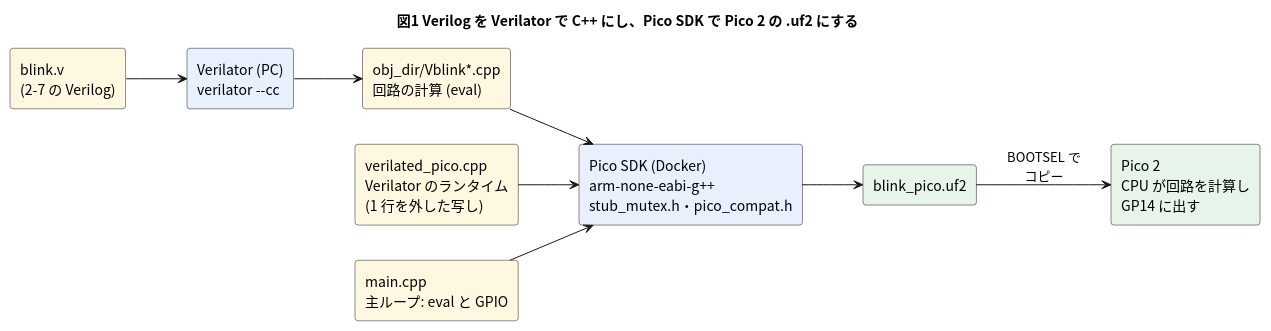
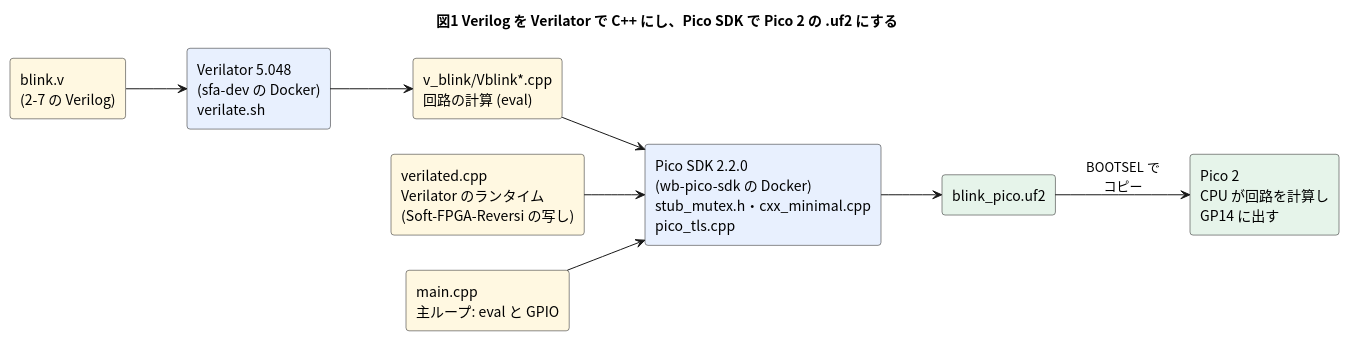
Before and after one commit to tommie-jp/tommie-circuit-workbook: the diagram in 06-fpga/05-soft-fpga-pico/01-verilator-on-pico.md, drawn with PlantUML. The commit also changed other lines of this file and 7 other files, not shown here.

First line of the commit message:
docs: FPGA の第 5 章の Pico SDK のビルド手順を 5-1 の 1 つにそろえる

````diff
--- a/06-fpga/05-soft-fpga-pico/01-verilator-on-pico.md
+++ b/06-fpga/05-soft-fpga-pico/01-verilator-on-pico.md
@@ -50,28 +50,28 @@
 ```plantuml
 @startuml
 left to right direction
 skinparam shadowing false
 skinparam defaultFontName "Noto Sans CJK JP"
 skinparam rectangle {
   RoundCorner 6
 }
 title 図1 Verilog を Verilator で C++ にし、Pico SDK で Pico 2 の .uf2 にする
 
 rectangle "blink.v\n(2-7 の Verilog)" as V #FFF8E1
-rectangle "Verilator (PC)\nverilator --cc" as VL #E8F0FE
-rectangle "obj_dir/Vblink*.cpp\n回路の計算 (eval)" as G #FFF8E1
-rectangle "verilated_pico.cpp\nVerilator のランタイム\n(1 行を外した写し)" as RT #FFF8E1
+rectangle "Verilator 5.048\n(sfa-dev の Docker)\nverilate.sh" as VL #E8F0FE
+rectangle "v_blink/Vblink*.cpp\n回路の計算 (eval)" as G #FFF8E1
+rectangle "verilated.cpp\nVerilator のランタイム\n(Soft-FPGA-Reversi の写し)" as RT #FFF8E1
 rectangle "main.cpp\n主ループ: eval と GPIO" as M #FFF8E1
-rectangle "Pico SDK (Docker)\narm-none-eabi-g++\nstub_mutex.h・pico_compat.h" as SDK #E8F0FE
+rectangle "Pico SDK 2.2.0\n(wb-pico-sdk の Docker)\nstub_mutex.h・cxx_minimal.cpp\npico_tls.cpp" as SDK #E8F0FE
 rectangle "blink_pico.uf2" as U #E6F4EA
 rectangle "Pico 2\nCPU が回路を計算し\nGP14 に出す" as P #E6F4EA
 
 V --> VL
 VL --> G
 G --> SDK
 RT --> SDK
 M --> SDK
 SDK --> U
 U --> P : BOOTSEL で\nコピー
 @enduml
 ```
````
